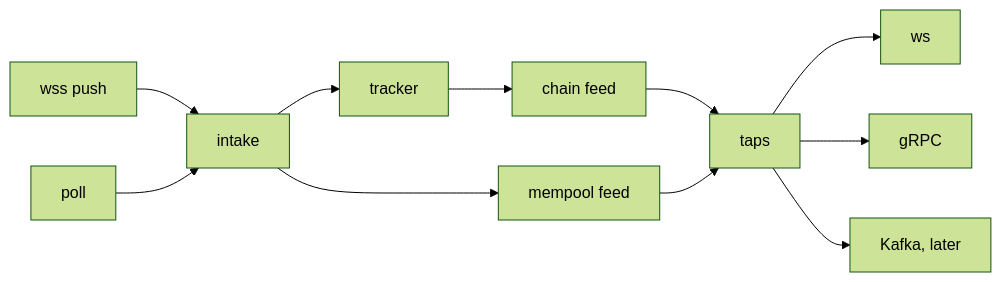
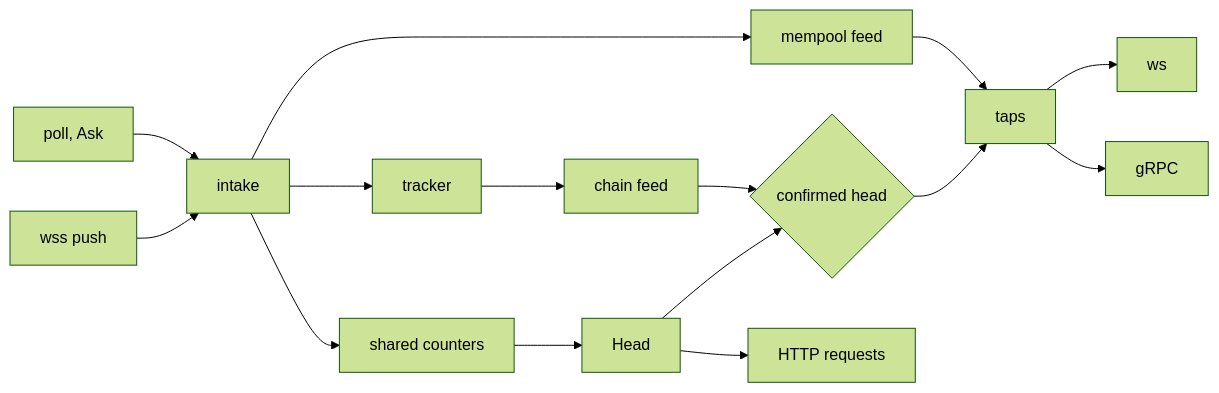
The diagram in specs/chain-tracker/feature.md (erpc/erpc), drawn with Mermaid (forest theme) before and after one commit. The commit also changed other lines of this file and 2 other files, not shown here.

Commit message:
docs(specs): chain tracker spec to the approved head model

````diff
--- a/specs/chain-tracker/feature.md
+++ b/specs/chain-tracker/feature.md
@@ -79,13 +106,17 @@
 ```mermaid
 flowchart LR
   W["wss push"] --> I["intake"]
-  P["poll"] --> I
+  P["poll, Ask"] --> I
+  I --> SC["shared counters"]
+  SC --> H["Head"]
   I --> T["tracker"]
   T --> C["chain feed"]
+  H --> G{"confirmed head"}
+  C --> G
+  G --> K["taps"]
   I --> M["mempool feed"]
-  C --> K["taps"]
   M --> K
   K --> WS["ws"]
-  K --> G["gRPC"]
-  K --> KF["Kafka, later"]
+  K --> GR["gRPC"]
+  H --> R["HTTP requests"]
 ```
````
